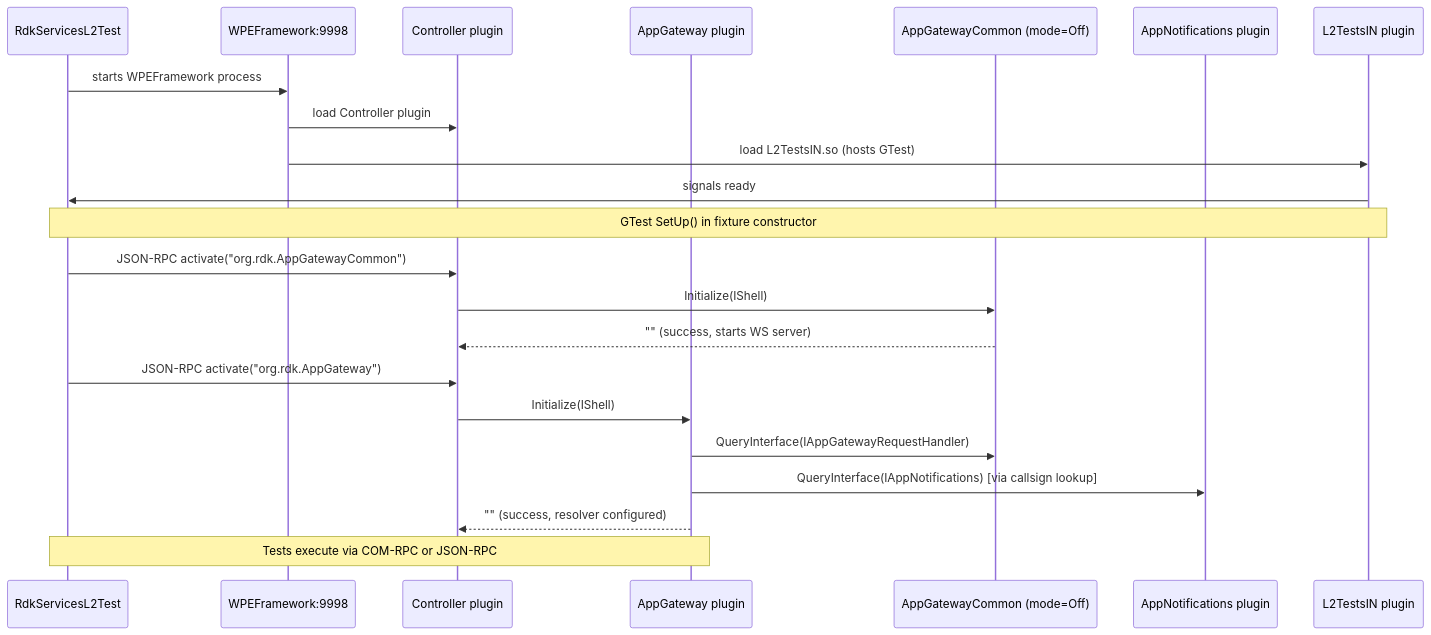
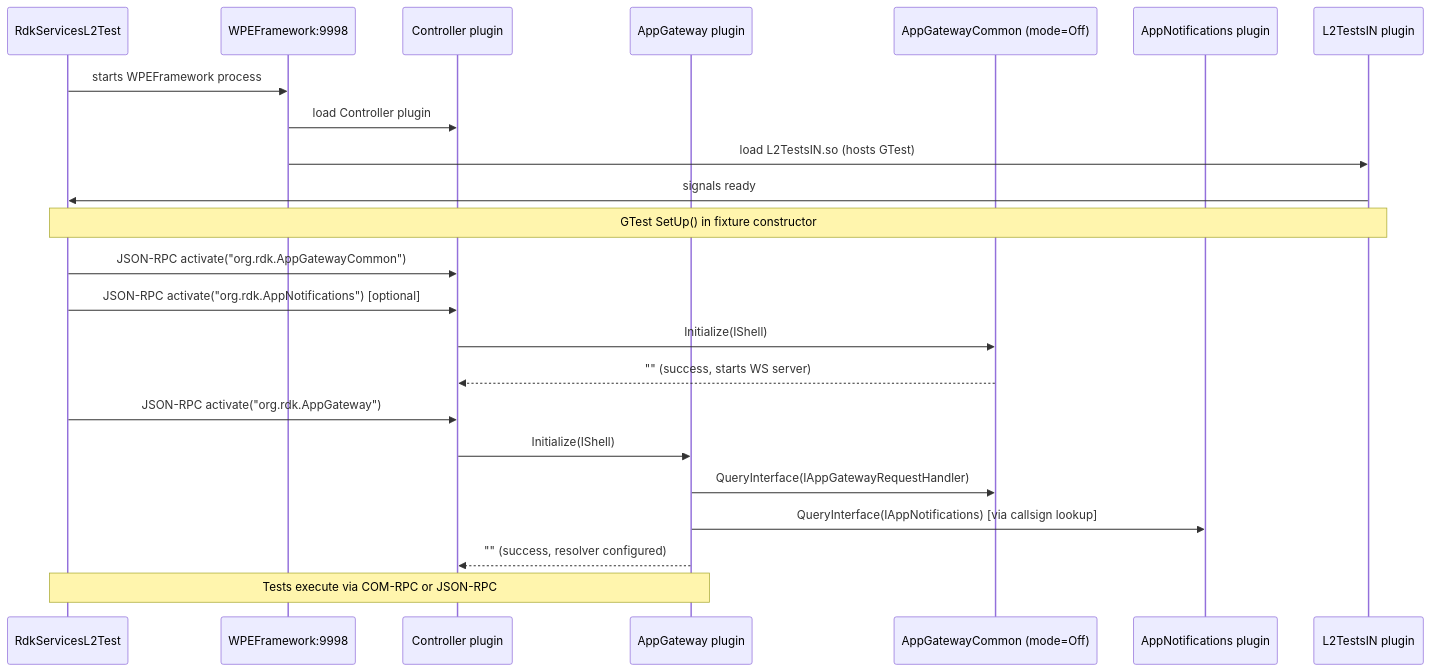
Before and after one commit to rdkcentral/entservices-appgateway: the second of 4 diagrams in Tests/L2Tests/docs/AppGateway_L2_TestWorkflow.md, drawn with Mermaid. The commit also changed other lines of this file and 1 other file, not shown here.

````diff
--- a/Tests/L2Tests/docs/AppGateway_L2_TestWorkflow.md
+++ b/Tests/L2Tests/docs/AppGateway_L2_TestWorkflow.md
@@ -108,28 +111,29 @@
 ```mermaid
 sequenceDiagram
     participant Runner as RdkServicesL2Test
     participant Thunder as WPEFramework:9998
     participant Ctrl as Controller plugin
     participant AGW as AppGateway plugin
     participant AGWC as AppGatewayCommon (mode=Off)
     participant AN as AppNotifications plugin
     participant L2 as L2TestsIN plugin
 
     Runner->>Thunder: starts WPEFramework process
     Thunder->>Ctrl: load Controller plugin
     Thunder->>L2: load L2TestsIN.so (hosts GTest)
     L2->>Runner: signals ready
 
     Note over Runner,L2: GTest SetUp() in fixture constructor
     Runner->>Ctrl: JSON-RPC activate("org.rdk.AppGatewayCommon")
+    Runner->>Ctrl: JSON-RPC activate("org.rdk.AppNotifications") [optional]
     Ctrl->>AGWC: Initialize(IShell)
     AGWC-->>Ctrl: "" (success, starts WS server)
 
     Runner->>Ctrl: JSON-RPC activate("org.rdk.AppGateway")
     Ctrl->>AGW: Initialize(IShell)
     AGW->>AGWC: QueryInterface(IAppGatewayRequestHandler)
     AGW->>AN: QueryInterface(IAppNotifications) [via callsign lookup]
     AGW-->>Ctrl: "" (success, resolver configured)
 
     Note over Runner,AGW: Tests execute via COM-RPC or JSON-RPC
 ```
````
